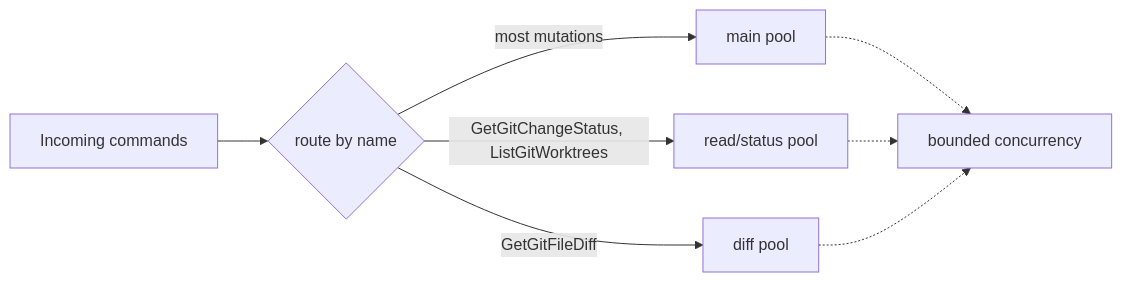
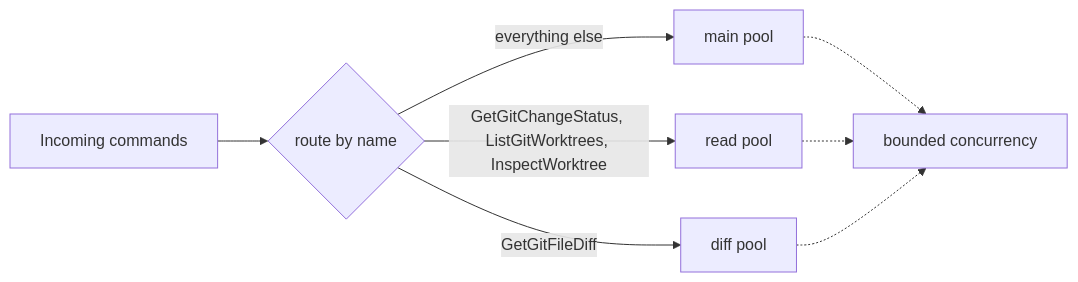
The second of 6 diagrams in docs/architecture/04-runtime-communication-and-concurrency.md (Jandini/GrayMoon), drawn with Mermaid before and after one commit. The commit also changed other lines of this file and 87 other files, not shown here.

First line of the commit message:
Refresh architecture docs and workspace guidance across repositories (#463)

````diff
--- a/docs/architecture/04-runtime-communication-and-concurrency.md
+++ b/docs/architecture/04-runtime-communication-and-concurrency.md
@@ -40,10 +63,10 @@
 ```mermaid
 flowchart LR
   In["Incoming commands"] --> Route{"route by name"}
-  Route -->|"most mutations"| Main["main pool"]
-  Route -->|"GetGitChangeStatus, ListGitWorktrees"| Read["read/status pool"]
+  Route -->|"everything else"| Main["main pool"]
+  Route -->|"GetGitChangeStatus, ListGitWorktrees, InspectWorktree"| Read["read pool"]
   Route -->|"GetGitFileDiff"| Diff["diff pool"]
   Main -.-> Cap["bounded concurrency"]
   Read -.-> Cap
   Diff -.-> Cap
 ```
````
